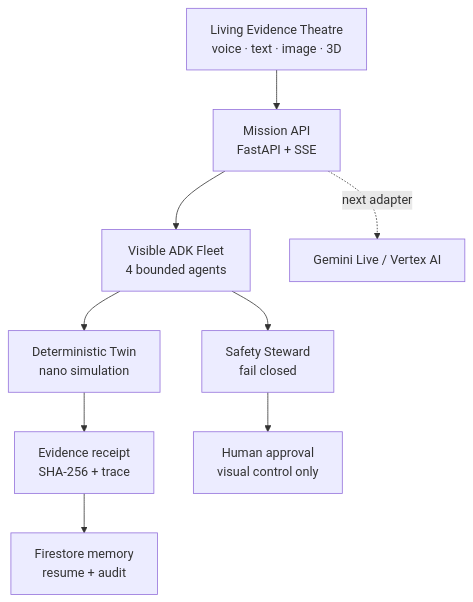
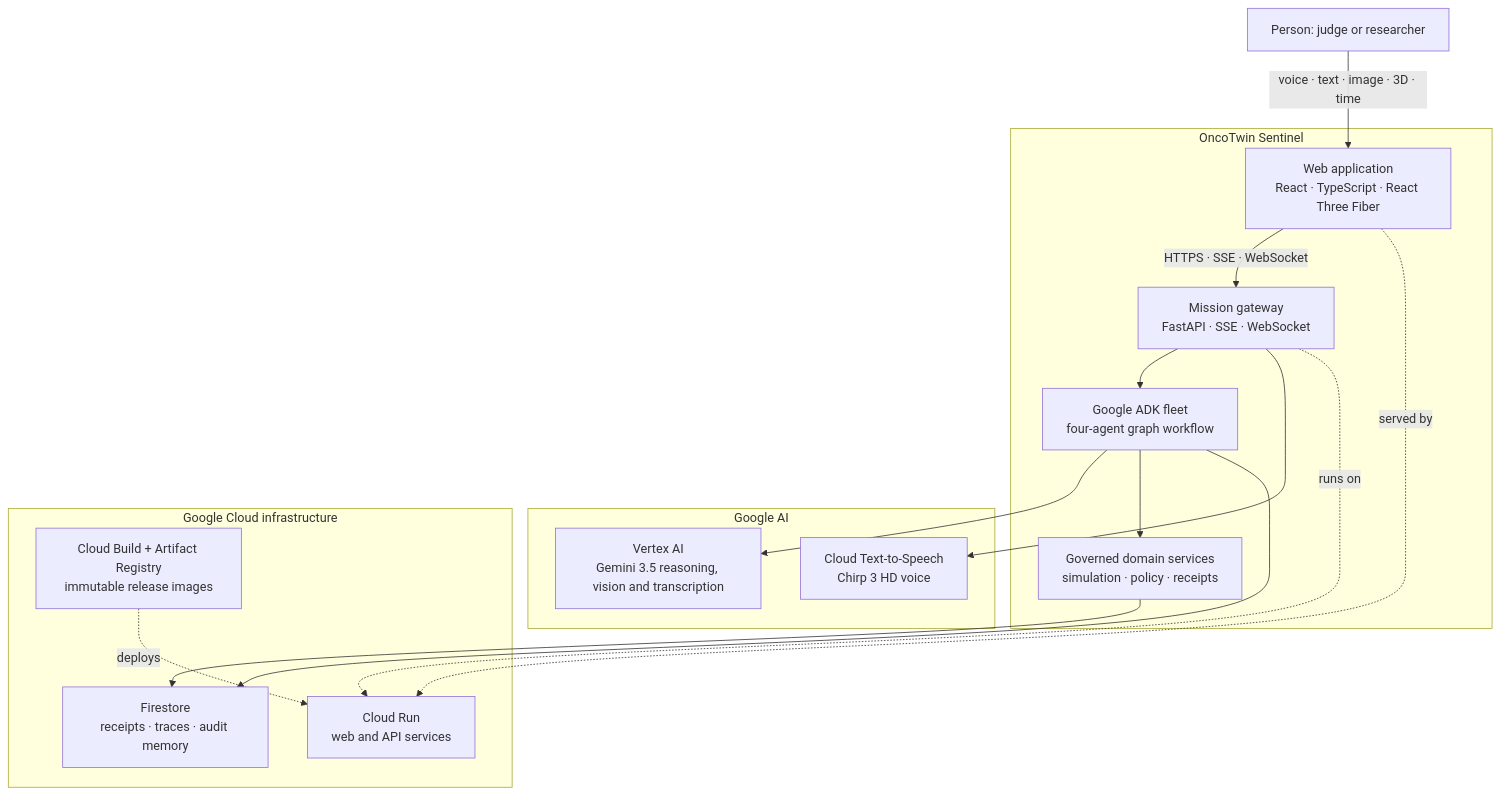
One commit to abhitorch81/oncotwin-sentinel changed the first of 2 diagrams in README.md. Above: the diagram before and after it, drawn with Mermaid. The commit also changed other lines of this file, not shown here.

Commit message:
docs: add production architecture and judge guide

````diff
--- a/README.md
+++ b/README.md
@@ -36,11 +50,34 @@
 ```mermaid
-flowchart TD
-  UX["Living Evidence Theatre<br/>voice · text · image · 3D"] --> API["Mission API<br/>FastAPI + SSE"]
-  API --> FLEET["Visible ADK Fleet<br/>4 bounded agents"]
-  FLEET --> SIM["Deterministic Twin<br/>nano simulation"]
-  FLEET --> SAFE["Safety Steward<br/>fail closed"]
-  SIM --> RECEIPT["Evidence receipt<br/>SHA-256 + trace"]
-  SAFE --> HUMAN["Human approval<br/>visual control only"]
-  RECEIPT --> MEMORY["Firestore memory<br/>resume + audit"]
-  API -. "next adapter" .-> GEMINI["Gemini Live / Vertex AI"]
+flowchart TB
+  Judge["Person: judge or researcher"]
+
+  subgraph Product["OncoTwin Sentinel"]
+    Web["Web application<br/>React · TypeScript · React Three Fiber"]
+    API["Mission gateway<br/>FastAPI · SSE · WebSocket"]
+    Policy["Governed domain services<br/>simulation · policy · receipts"]
+    ADK["Google ADK fleet<br/>four-agent graph workflow"]
+  end
+
+  subgraph GoogleAI["Google AI"]
+    Vertex["Vertex AI<br/>Gemini 3.5 reasoning, vision and transcription"]
+    TTS["Cloud Text-to-Speech<br/>Chirp 3 HD voice"]
+  end
+
+  subgraph GoogleCloud["Google Cloud infrastructure"]
+    Run["Cloud Run<br/>web and API services"]
+    Firestore["Firestore<br/>receipts · traces · audit memory"]
+    Build["Cloud Build + Artifact Registry<br/>immutable release images"]
+  end
+
+  Judge -->|"voice · text · image · 3D · time"| Web
+  Web -->|"HTTPS · SSE · WebSocket"| API
+  API --> ADK
+  ADK --> Vertex
+  ADK --> Policy
+  API --> TTS
+  Policy --> Firestore
+  ADK --> Firestore
+  Web -. "served by" .-> Run
+  API -. "runs on" .-> Run
+  Build -. "deploys" .-> Run
 ```
````
